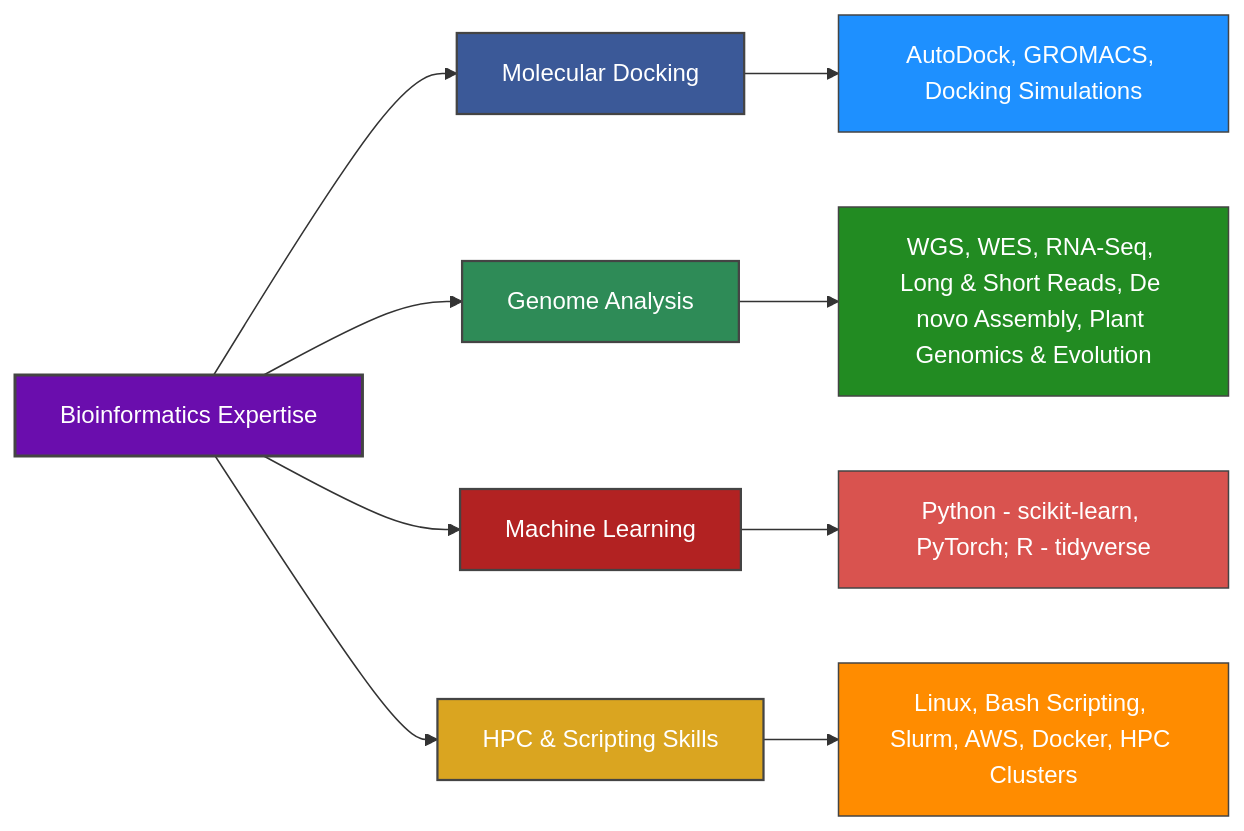
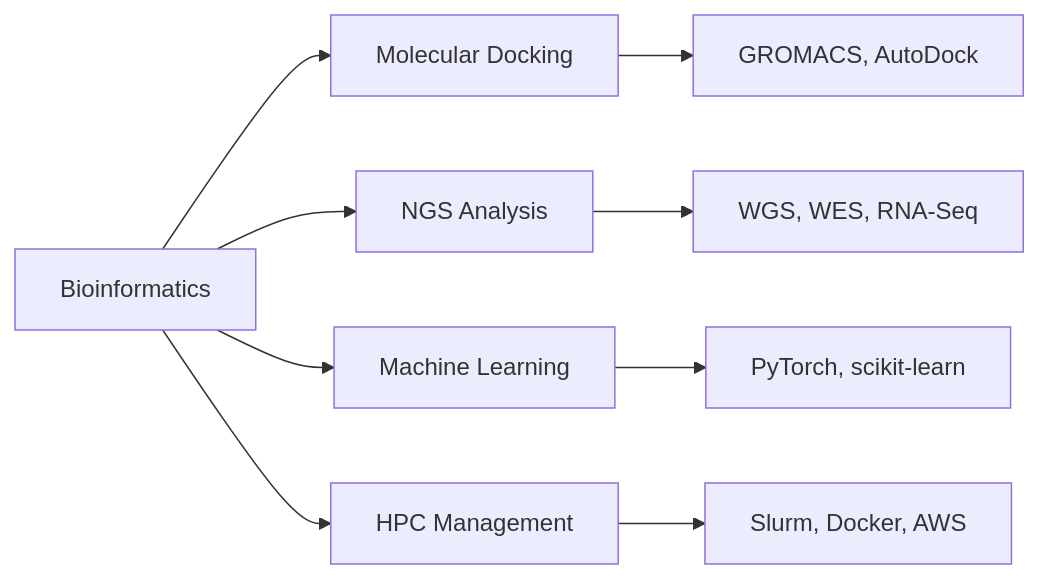
One commit to NoorulemanAbid/nooruleman changed the first of 2 diagrams in README.md. Above: the diagram before and after it, drawn with Mermaid. The commit also changed other lines of this file, not shown here.

`````diff
--- a/README.md
+++ b/README.md
@@ -38,22 +49,11 @@
 ```mermaid
 graph LR
-    style A fill:#6a0dad,stroke:#444,stroke-width:2px,color:#fff
-    style B fill:#3b5998,stroke:#444,stroke-width:1.5px,color:#fff
-    style C fill:#2e8b57,stroke:#444,stroke-width:1.5px,color:#fff
-    style D fill:#b22222,stroke:#444,stroke-width:1.5px,color:#fff
-    style E fill:#daa520,stroke:#444,stroke-width:1.5px,color:#fff
-    style F fill:#1e90ff,stroke:#444,stroke-width:1px,color:#fff
-    style G fill:#228b22,stroke:#444,stroke-width:1px,color:#fff
-    style H fill:#d9534f,stroke:#444,stroke-width:1px,color:#fff
-    style I fill:#ff8c00,stroke:#444,stroke-width:1px,color:#fff
-
-    A[Bioinformatics Expertise] --> B[Molecular Docking]
-    A --> C[Genome Analysis]
+    A[Bioinformatics] --> B[Molecular Docking]
+    A --> C[NGS Analysis]
     A --> D[Machine Learning]
-    A --> E[HPC & Scripting Skills]
-
-    B --> F[AutoDock, GROMACS, Docking Simulations]
-    C --> G[WGS, WES, RNA-Seq, Long & Short Reads, De novo Assembly, Plant Genomics & Evolution]
-    D --> H[Python - scikit-learn, PyTorch; R - tidyverse]
-    E --> I[Linux, Bash Scripting, Slurm, AWS, Docker, HPC Clusters]
-````
+    A --> E[HPC Management]
+    B --> F[GROMACS, AutoDock]
+    C --> G[WGS, WES, RNA-Seq]
+    D --> H[PyTorch, scikit-learn]
+    E --> I[Slurm, Docker, AWS]
+```
`````
